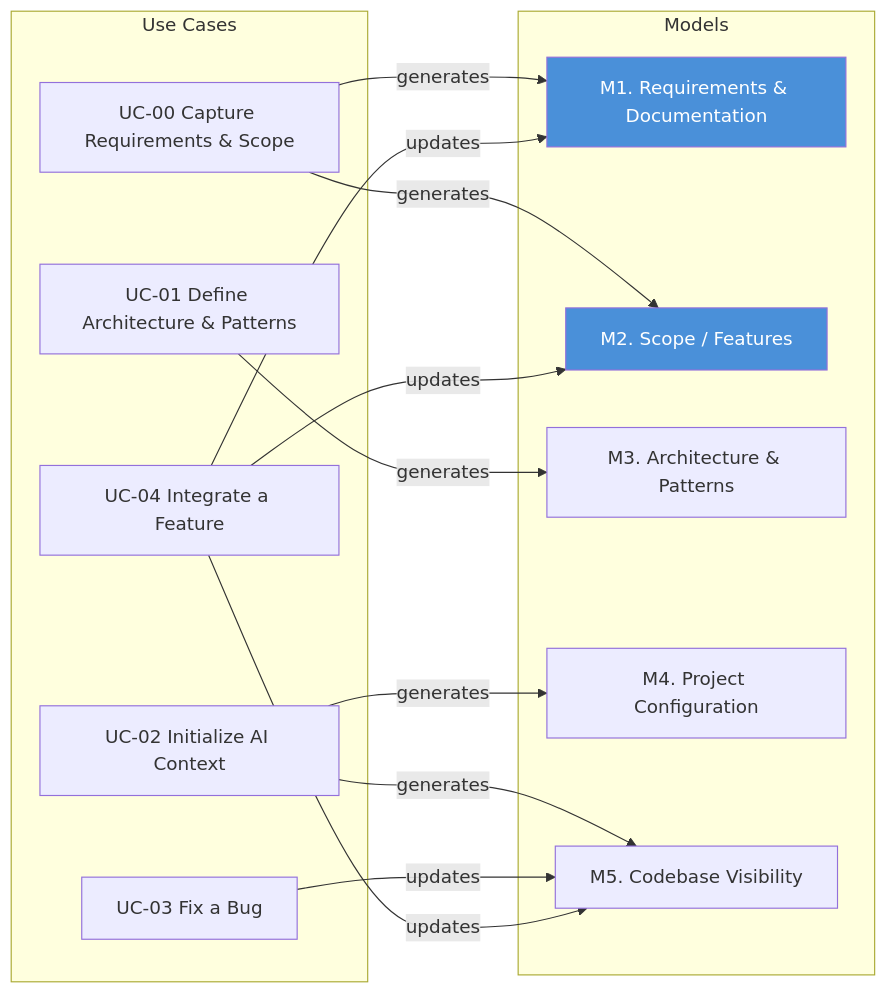
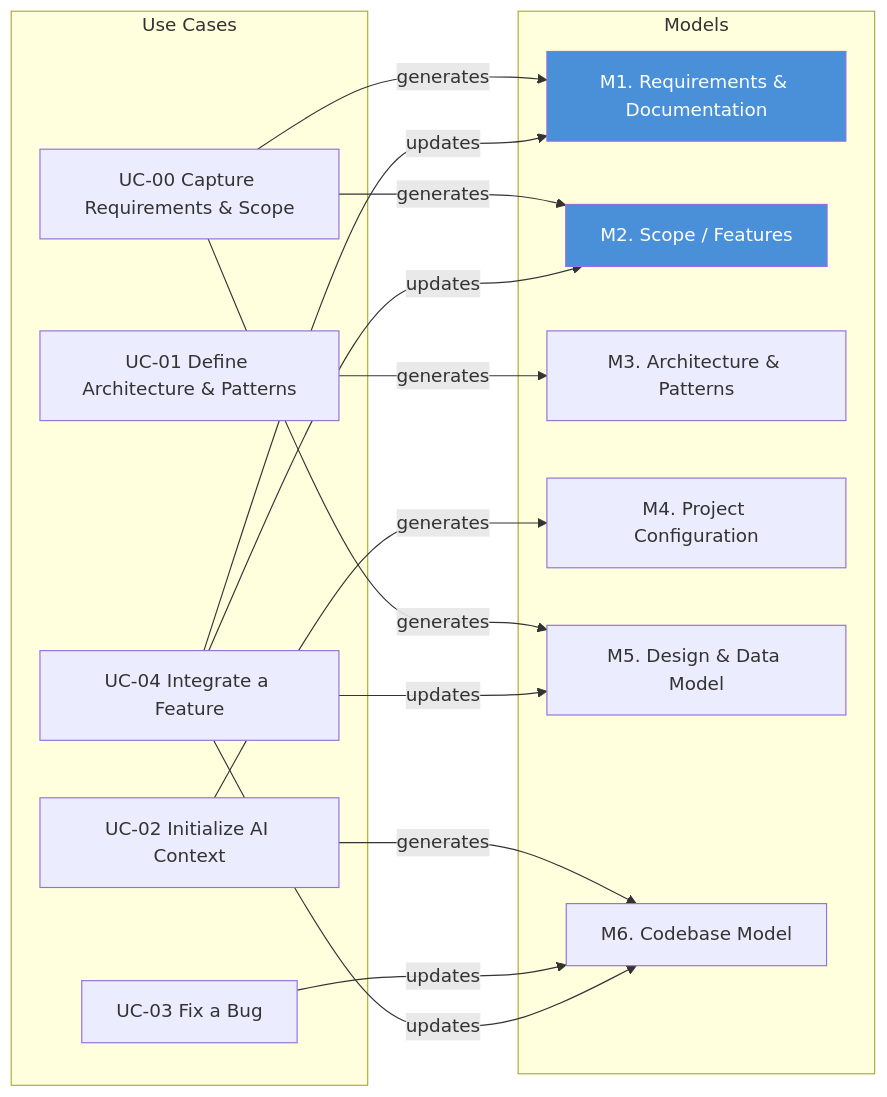
One commit to AI-MDE/AI-for-SE changed the diagram in docs/required-components.md. Above: the diagram before and after it, drawn with Mermaid. The commit also changed other lines of this file and 7 other files, not shown here.

````diff
--- a/docs/required-components.md
+++ b/docs/required-components.md
@@ -77,31 +114,34 @@
 ```mermaid
 flowchart LR
     subgraph Models
       M1[M1. Requirements & Documentation]
       M2[M2. Scope / Features]
       M3[M3. Architecture & Patterns]
       M4[M4. Project Configuration]
-      M5[M5. Codebase Visibility]
+      M5[M5. Design & Data Model]
+      M6[M6. Codebase Model]
     end
 
     subgraph Use Cases
       UC0[UC-00 Capture Requirements & Scope]
       UC1[UC-01 Define Architecture & Patterns]
       UC2[UC-02 Initialize AI Context]
       UC3[UC-03 Fix a Bug]
       UC4[UC-04 Integrate a Feature]
     end
 
     UC0 -- generates --> M1
     UC0 -- generates --> M2
+    UC0 -- generates --> M5
     UC1 -- generates --> M3
     UC2 -- generates --> M4
-    UC2 -- generates --> M5
-    UC3 -- updates --> M5
+    UC2 -- generates --> M6
+    UC3 -- updates --> M6
     UC4 -- updates --> M5
+    UC4 -- updates --> M6
     UC4 -- updates --> M1
     UC4 -- updates --> M2
 
     style M1 fill:#4a90d9,color:#fff
     style M2 fill:#4a90d9,color:#fff
 ```
````
